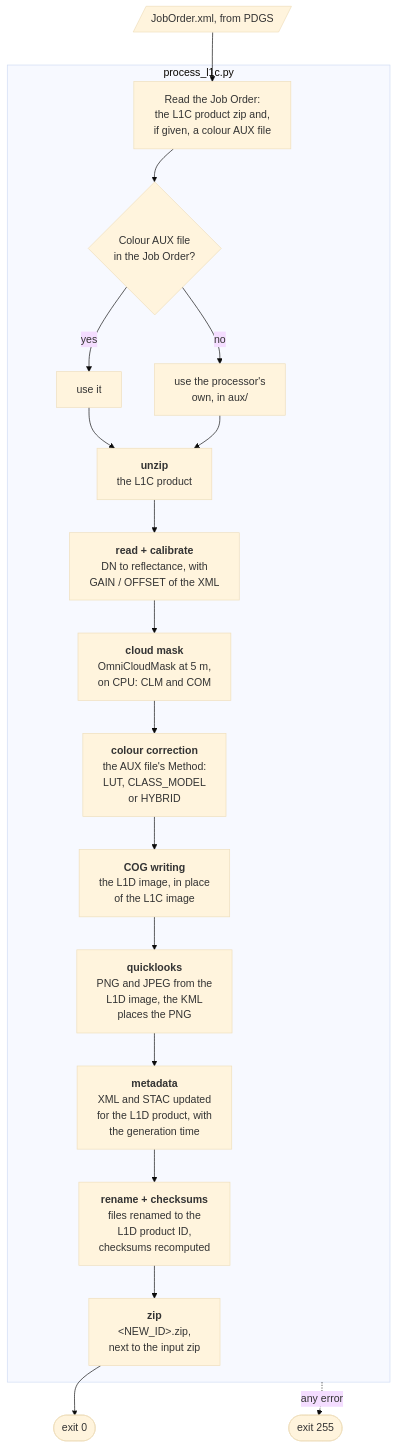
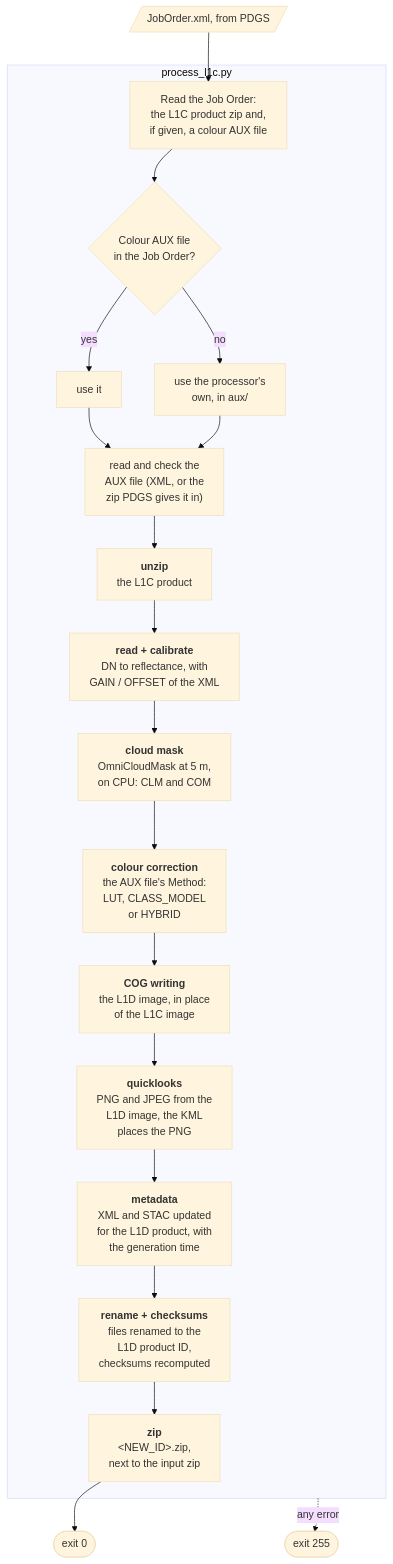
One commit to paramkaur10/iride_eaglet_L1D_processor changed the diagram in README.md. Above: the diagram before and after it, drawn with Mermaid (base theme). The commit also changed other lines of this file and 6 other files, not shown here.

Commit message:
Version 01.01: colour AUX file read from the zip PDGS gives it in, and checked before anything else

````diff
--- a/README.md
+++ b/README.md
@@ -43,24 +47,26 @@
 ```mermaid
 flowchart TD
     subgraph RUN["process_l1c.py"]
         READ["Read the Job Order:<br/>the L1C product zip and,<br/>if given, a colour AUX file"]
         READ --> HAS{"Colour AUX file<br/>in the Job Order?"}
         HAS -->|yes| AUXJ["use it"]
         HAS -->|no| AUXO["use the processor's<br/>own, in aux/"]
-        AUXJ --> UNZIP
-        AUXO --> UNZIP
+        AUXJ --> CHECK
+        AUXO --> CHECK
+        CHECK["read and check the<br/>AUX file (XML, or the<br/>zip PDGS gives it in)"]
+        CHECK --> UNZIP
         UNZIP["<b>unzip</b><br/>the L1C product"]
         UNZIP --> CAL["<b>read + calibrate</b><br/>DN to reflectance, with<br/>GAIN / OFFSET of the XML"]
         CAL --> CLOUD["<b>cloud mask</b><br/>OmniCloudMask at 5 m,<br/>on CPU: CLM and COM"]
         CLOUD --> COLOUR["<b>colour correction</b><br/>the AUX file's Method:<br/>LUT, CLASS_MODEL<br/>or HYBRID"]
         COLOUR --> COG["<b>COG writing</b><br/>the L1D image, in place<br/>of the L1C image"]
         COG --> QLK["<b>quicklooks</b><br/>PNG and JPEG from the<br/>L1D image, the KML<br/>places the PNG"]
         QLK --> META["<b>metadata</b><br/>XML and STAC updated<br/>for the L1D product, with<br/>the generation time"]
         META --> REN["<b>rename + checksums</b><br/>files renamed to the<br/>L1D product ID,<br/>checksums recomputed"]
         REN --> ZIP["<b>zip</b><br/>#lt;NEW_ID#gt;.zip,<br/>next to the input zip"]
     end
     JO[/"JobOrder.xml, from PDGS"/] --> READ
     ZIP --> OK(["exit 0"])
     RUN -.->|any error| KO(["exit 255"])
     ZIP ~~~ KO
 ```
````
